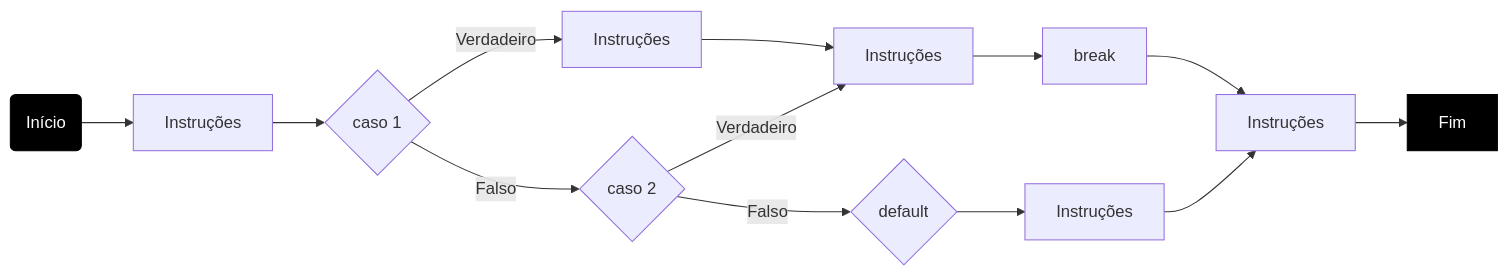
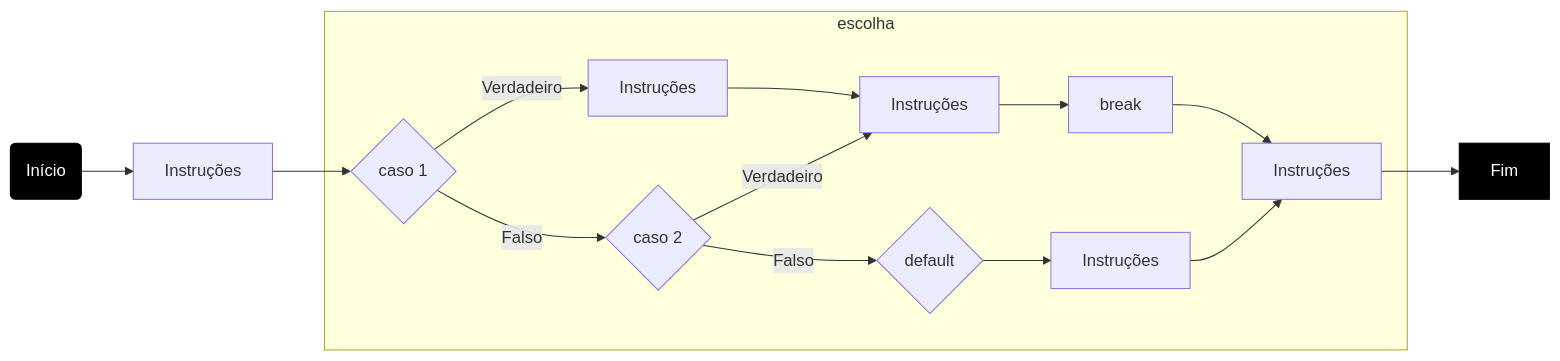
One commit to yuriMartinst/linguagem-java changed the fifth of 9 diagrams in 08.md. Above: the diagram before and after it, drawn with Mermaid. The commit also changed other lines of this file, not shown here.

````diff
--- a/08.md
+++ b/08.md
@@ -119,18 +121,20 @@
 ```mermaid
 flowchart LR
     inicio(Início) --> A
     A[Instruções] --> C{caso 1}
+    subgraph escolha
     C -->|Verdadeiro| D[Instruções]
     C -->|Falso| F{caso 2}
     D --> H
     F -->|Verdadeiro| H[Instruções]
     H --> HB[break]
     HB --> G[Instruções]
     F -->|Falso| F2{default}
     F2 --> f3[Instruções]
+    end
     f3 --> G[Instruções]
     G --> fim[Fim]
 
 style inicio fill:#000,stroke:#000,color:#fff
 style fim fill:#000,stroke:#000,color:#fff
 ```
````
